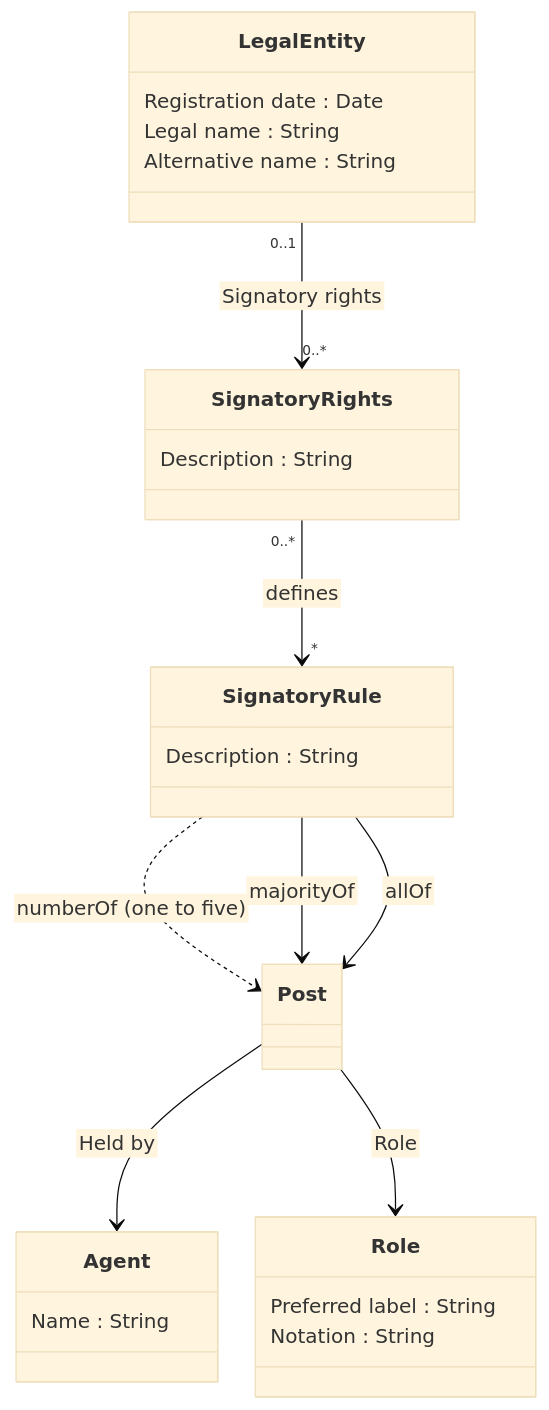
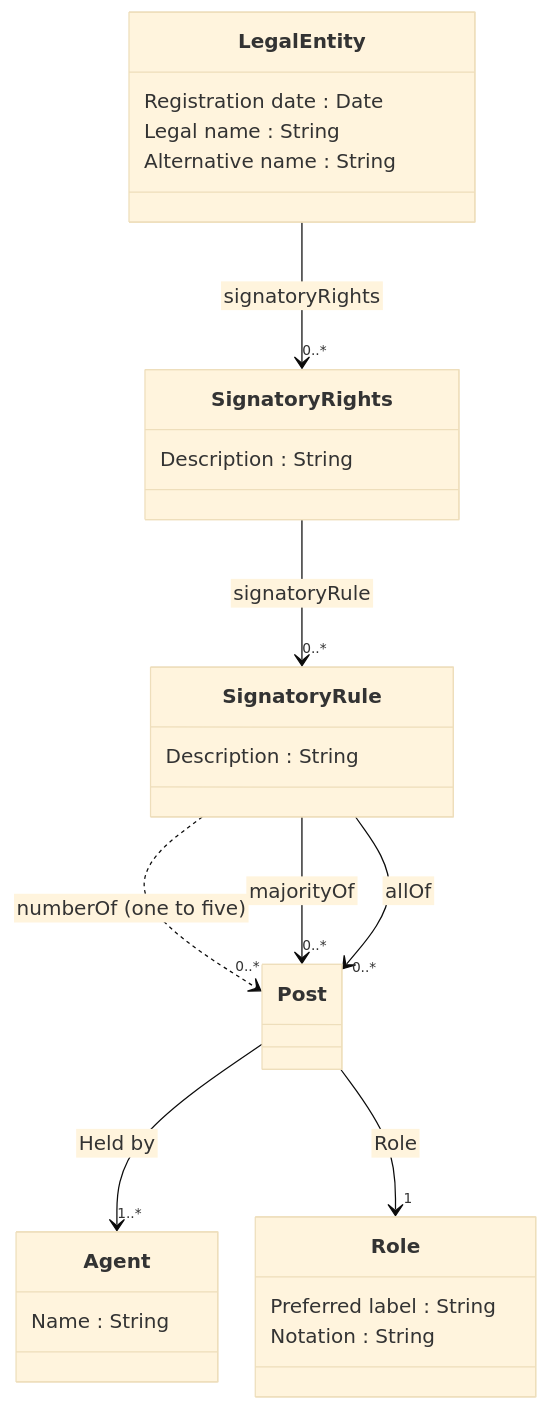
Before and after one commit to nordicsmartgovernment/Nordic-Smart-Government-Datamodel-Examples: the diagram in README.md, drawn with Mermaid (base theme). The commit also changed other lines of this file, not shown here.

````diff
--- a/README.md
+++ b/README.md
@@ -9,44 +9,43 @@
 ```mermaid
  %%{init:{'flowchart':{'nodeSpacing': 30, 'rankSpacing': 95, 'htmlLabels': false}}}%%
     classDiagram
        
         class LegalEntity {
             Registration date : Date
             Legal name : String
             Alternative name : String
         }
 
-        LegalEntity "0..1" --> "0..*" SignatoryRights : Signatory rights
+        LegalEntity --> "0..*" SignatoryRights : signatoryRights
 
         class SignatoryRights {
             Description : String
         }
 
-        %%SignatoryRights "0..*" --> "*" Post : mandates
-        SignatoryRights "0..*" --> "*" SignatoryRule : defines
+        SignatoryRights --> "0..*" SignatoryRule : signatoryRule
 
         class SignatoryRule {
             Description : String
         }
 
-        SignatoryRule ..> Post : numberOf (one to five)
-        SignatoryRule --> Post : majorityOf
-        SignatoryRule --> Post : allOf
+        SignatoryRule ..> "0..*" Post : numberOf (one to five)
+        SignatoryRule --> "0..*" Post : majorityOf
+        SignatoryRule --> "0..*" Post : allOf
 
         class Post {
 
         }
 
-        Post --> Agent : Held by
-        Post --> Role : Role
+        Post --> "1..*" Agent : Held by
+        Post --> "1" Role : Role
 
         class Role {
             Preferred label : String
             Notation : String
         }
 
         class Agent {
             Name : String
         }
 
 ```
````
